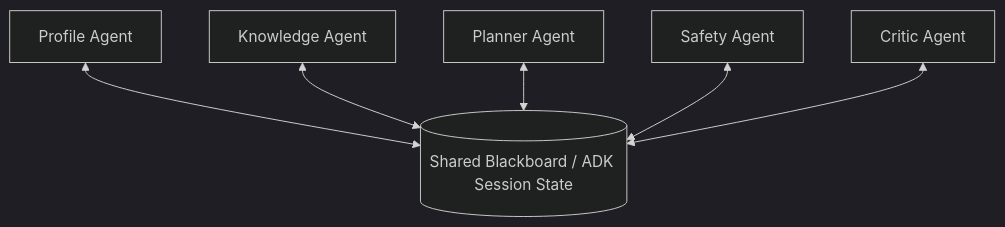
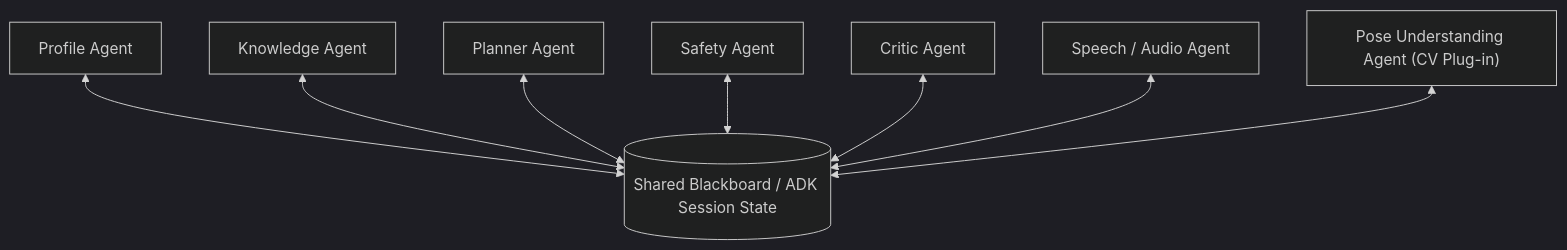
One commit to ojhaprathmesh/YogaSutra_Repo changed the fourth of 31 diagrams in PLAN.md. Above: the diagram before and after it, drawn with Mermaid (dark theme). The commit also changed other lines of this file, not shown here.

Commit message:
docs(plan): update PLAN.md with multimodal roadmap and mark phase-1 definition of done

````diff
--- a/PLAN.md
+++ b/PLAN.md
@@ -406,10 +455,12 @@
 ``` mermaid
 flowchart TB
     B[("Shared Blackboard / ADK Session State")]
 
     P["Profile Agent"] <--> B
     K["Knowledge Agent"] <--> B
     PL["Planner Agent"] <--> B
     SV["Safety Agent"] <--> B
     CR["Critic Agent"] <--> B
+    SA["Speech / Audio Agent"] <--> B
+    POA["Pose Understanding Agent (CV Plug-in)"] <--> B
 ```
````
